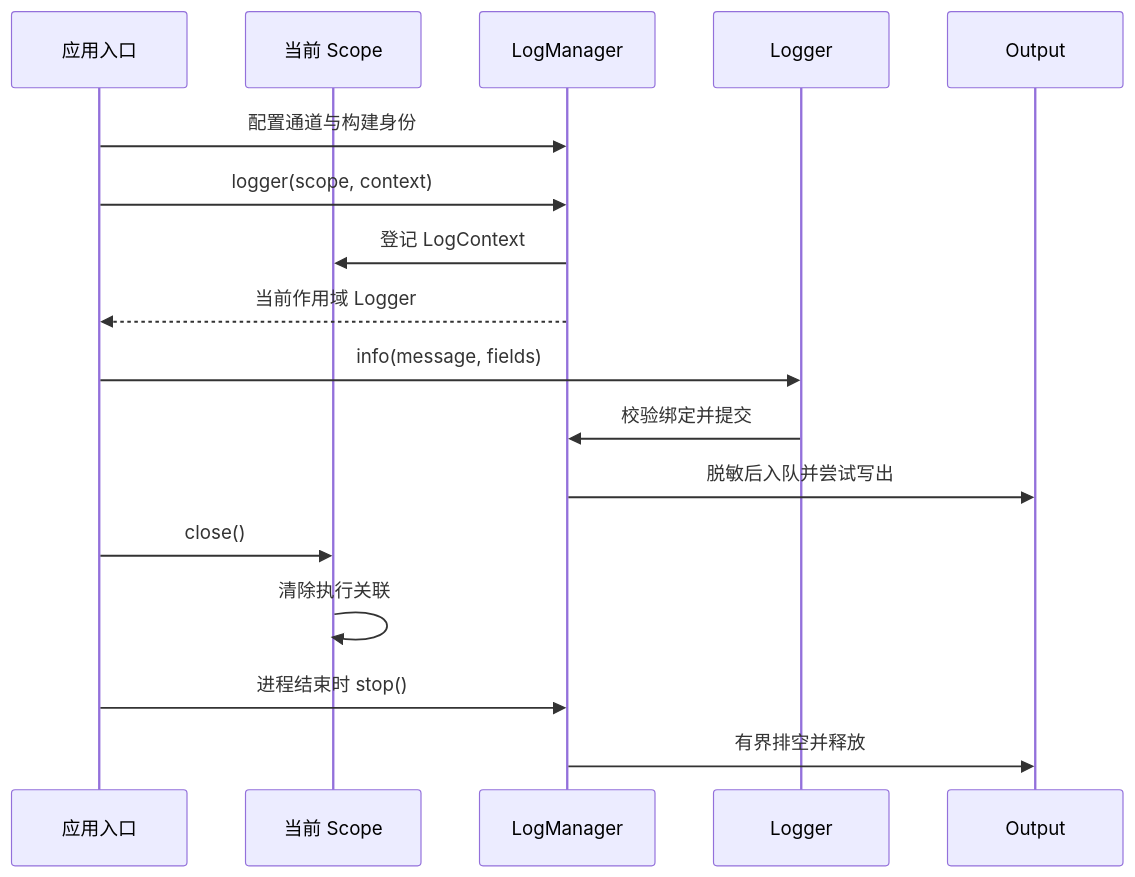
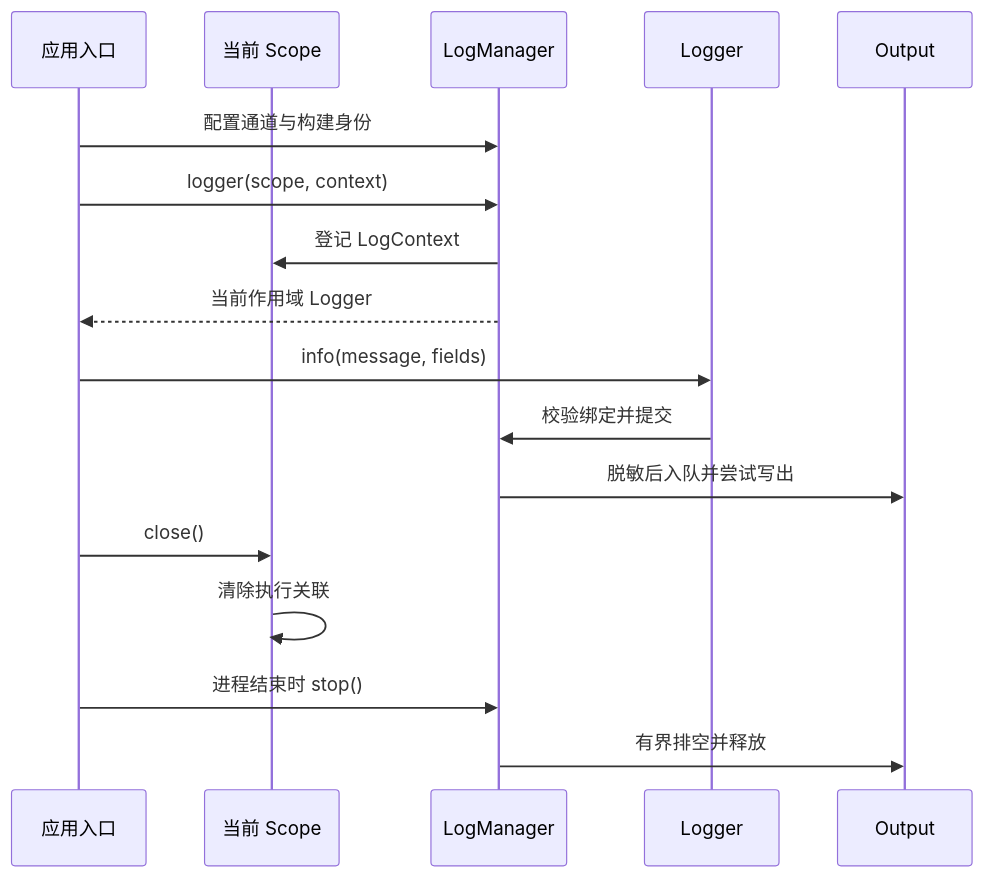
The diagram in docs/guide/plugins/type-log.md (zoujingli/typeapp), drawn with Mermaid before and after one commit. The commit also changed other lines of this file and 31 other files, not shown here.

Commit message:
docs(release): 细化版本安装与组件图示并记录候选验收边界

````diff
--- a/docs/guide/plugins/type-log.md
+++ b/docs/guide/plugins/type-log.md
@@ -11,19 +11,24 @@
 ```mermaid
+---
+config:
+  sequence:
+    width: 115
+---
 sequenceDiagram
   participant App as 应用入口
   participant Scope as 当前 Scope
   participant Logs as LogManager
   participant Logger as Logger
   participant Output as Output
   App->>Logs: 配置通道与构建身份
   App->>Logs: logger(scope, context)
   Logs->>Scope: 登记 LogContext
   Logs-->>App: 当前作用域 Logger
   App->>Logger: info(message, fields)
   Logger->>Logs: 校验绑定并提交
   Logs->>Output: 脱敏后入队并尝试写出
   App->>Scope: close()
   Scope->>Scope: 清除执行关联
   App->>Logs: 进程结束时 stop()
   Logs->>Output: 有界排空并释放
 ```
````
